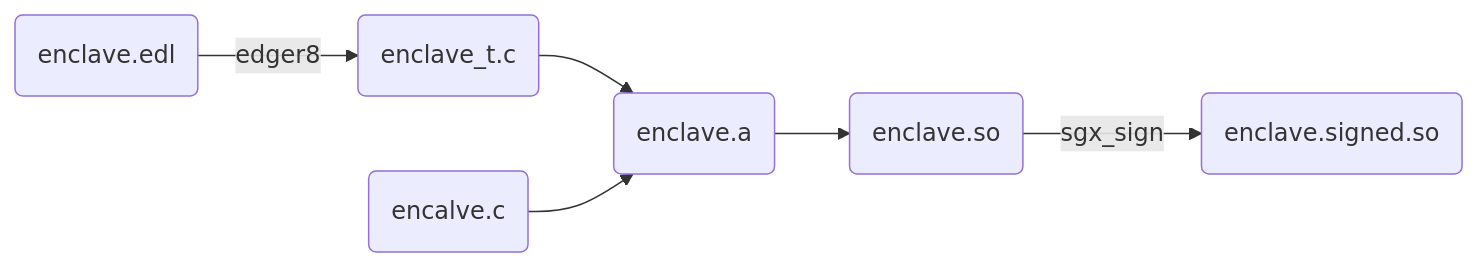
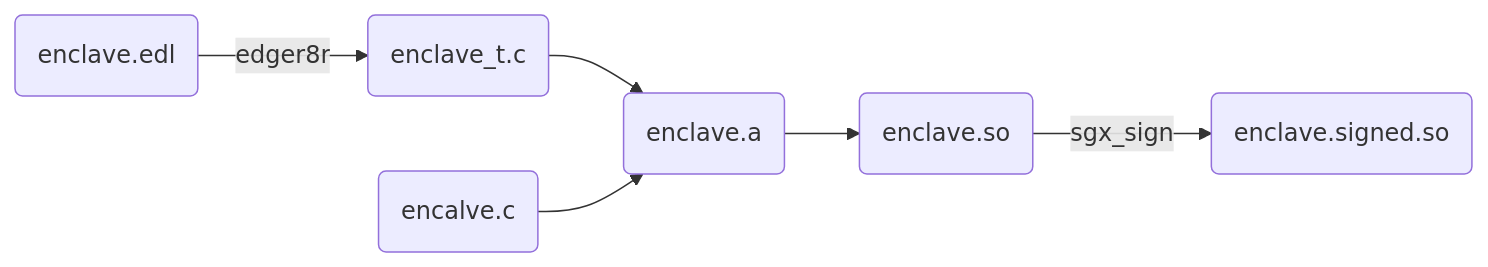
The first of 2 diagrams in untrusted/test_enclave/README.md (mobilecoinfoundation/sgx), drawn with Mermaid before and after one commit. The commit also changed other lines of this file and 3 other files, not shown here.

````diff
--- a/untrusted/test_enclave/README.md
+++ b/untrusted/test_enclave/README.md
@@ -53,8 +53,8 @@
 ```mermaid
 graph LR
-    A(enclave.edl) -->|edger8| B(enclave_t.c)
+    A(enclave.edl) -->|edger8r| B(enclave_t.c)
     B --> D(enclave.a)
     C(encalve.c) --> D
     D --> E(enclave.so)
     E --> |sgx_sign| F(enclave.signed.so)
 ```
````
